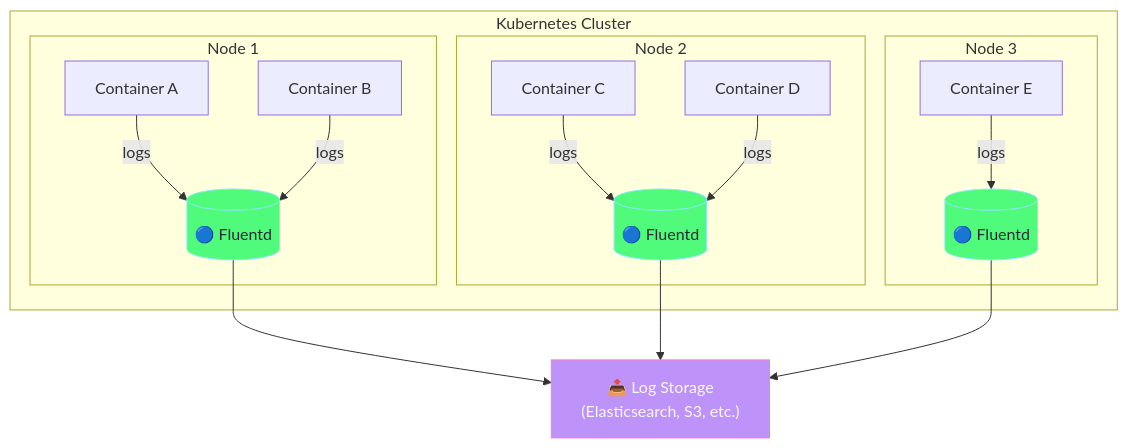
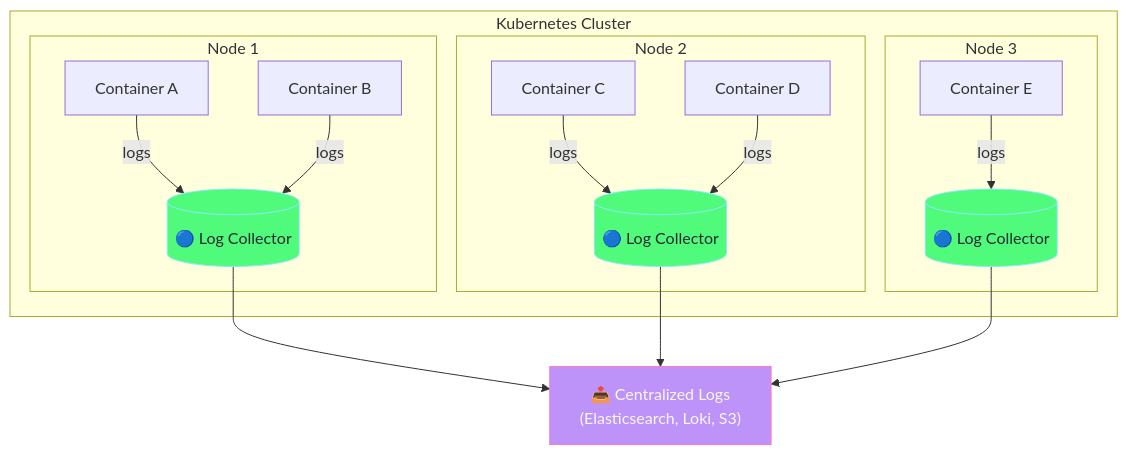
The first of 6 diagrams in Workload_and_Application_Management/daemonset-fluentd-explained.md (selvakumarperumal/k8s_minikube_learn), drawn with Mermaid before and after one commit. The commit also changed other lines of this file and 1 other file, not shown here.

First line of the commit message:
fix: simplify log collector DaemonSet and update documentation

````diff
--- a/Workload_and_Application_Management/daemonset-fluentd-explained.md
+++ b/Workload_and_Application_Management/daemonset-fluentd-explained.md
@@ -7,36 +7,36 @@
 ```mermaid
 flowchart TB
     subgraph Cluster["Kubernetes Cluster"]
         subgraph Node1["Node 1"]
             C1A[Container A]
             C1B[Container B]
-            F1[("🔵 Fluentd")]
+            L1[("🔵 Log Collector")]
         end
         
         subgraph Node2["Node 2"]
             C2A[Container C]
             C2B[Container D]
-            F2[("🔵 Fluentd")]
+            L2[("🔵 Log Collector")]
         end
         
         subgraph Node3["Node 3"]
             C3A[Container E]
-            F3[("🔵 Fluentd")]
+            L3[("🔵 Log Collector")]
         end
     end
     
-    C1A -->|logs| F1
-    C1B -->|logs| F1
-    C2A -->|logs| F2
-    C2B -->|logs| F2
-    C3A -->|logs| F3
+    C1A -->|logs| L1
+    C1B -->|logs| L1
+    C2A -->|logs| L2
+    C2B -->|logs| L2
+    C3A -->|logs| L3
     
-    F1 --> Output["📤 Log Storage<br/>(Elasticsearch, S3, etc.)"]
-    F2 --> Output
-    F3 --> Output
+    L1 --> Output["📤 Centralized Logs<br/>(Elasticsearch, Loki, S3)"]
+    L2 --> Output
+    L3 --> Output
     
-    style F1 fill:#50fa7b,stroke:#8be9fd,color:#282a36
-    style F2 fill:#50fa7b,stroke:#8be9fd,color:#282a36
-    style F3 fill:#50fa7b,stroke:#8be9fd,color:#282a36
+    style L1 fill:#50fa7b,stroke:#8be9fd,color:#282a36
+    style L2 fill:#50fa7b,stroke:#8be9fd,color:#282a36
+    style L3 fill:#50fa7b,stroke:#8be9fd,color:#282a36
     style Output fill:#bd93f9,stroke:#ff79c6,color:#f8f8f2
 ```
````
